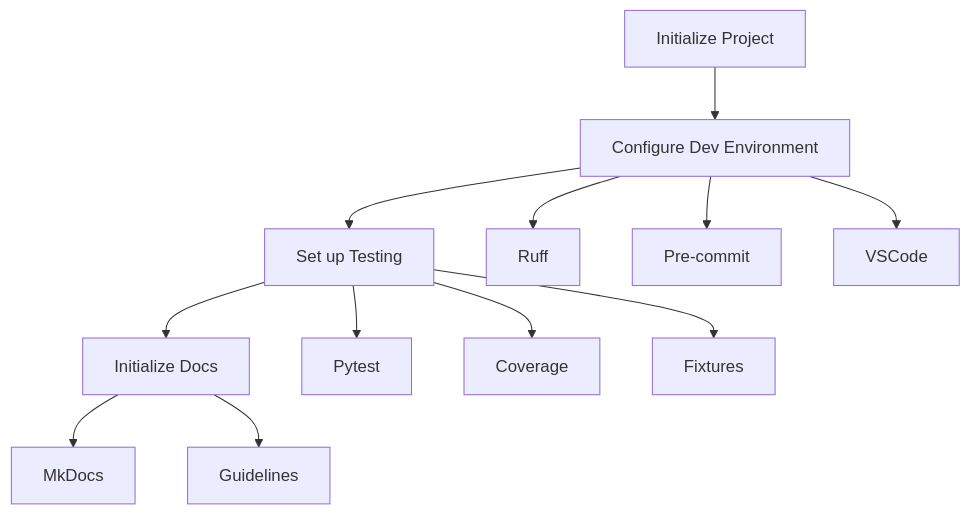
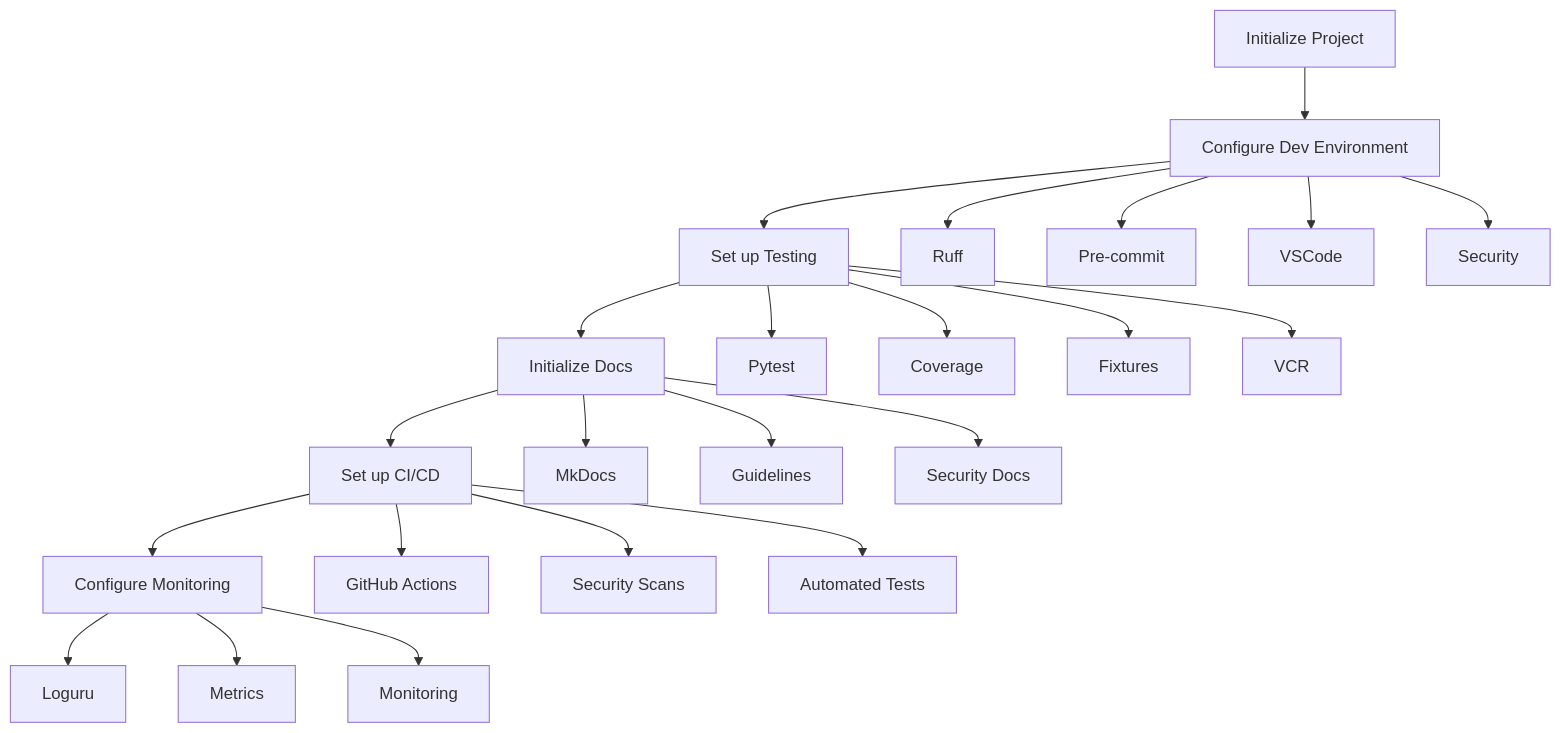
One commit to bossjones/boss-bot changed the diagram in .ai/story-1.story.md. Above: the diagram before and after it, drawn with Mermaid. The commit also changed other lines of this file and 1 other file, not shown here.

````diff
--- a/.ai/story-1.story.md
+++ b/.ai/story-1.story.md
@@ -122,17 +247,30 @@
 ```mermaid
 graph TD
     A[Initialize Project] --> B[Configure Dev Environment]
     B --> C[Set up Testing]
     C --> D[Initialize Docs]
+    D --> E[Set up CI/CD]
+    E --> F[Configure Monitoring]
 
     B --> B1[Ruff]
     B --> B2[Pre-commit]
     B --> B3[VSCode]
+    B --> B4[Security]
 
     C --> C1[Pytest]
     C --> C2[Coverage]
     C --> C3[Fixtures]
+    C --> C4[VCR]
 
     D --> D1[MkDocs]
     D --> D2[Guidelines]
+    D --> D3[Security Docs]
+
+    E --> E1[GitHub Actions]
+    E --> E2[Security Scans]
+    E --> E3[Automated Tests]
+
+    F --> F1[Loguru]
+    F --> F2[Metrics]
+    F --> F3[Monitoring]
 ```
````
